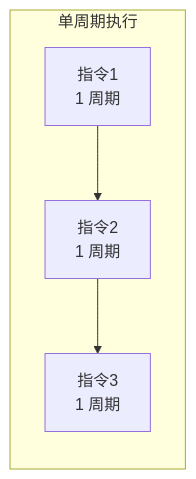
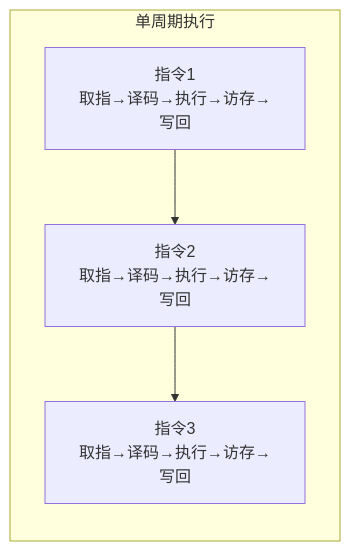
Before and after one commit to swjtuer326/cs-learning-notes: the first of 4 diagrams in riscv/04-microarchitecture/pipeline-basics.md, drawn with Mermaid. The commit also changed other lines of this file and 21 other files, not shown here.

````diff
--- a/riscv/04-microarchitecture/pipeline-basics.md
+++ b/riscv/04-microarchitecture/pipeline-basics.md
@@ -11,10 +13,10 @@
 ```mermaid
 graph LR
     subgraph 单周期执行
-        I1["指令1<br/>1 周期"]
-        I2["指令2<br/>1 周期"]
-        I3["指令3<br/>1 周期"]
+        I1["指令1<br/>取指→译码→执行→访存→写回"]
+        I2["指令2<br/>取指→译码→执行→访存→写回"]
+        I3["指令3<br/>取指→译码→执行→访存→写回"]
     end
 
     I1 --> I2 --> I3
 ```
````
